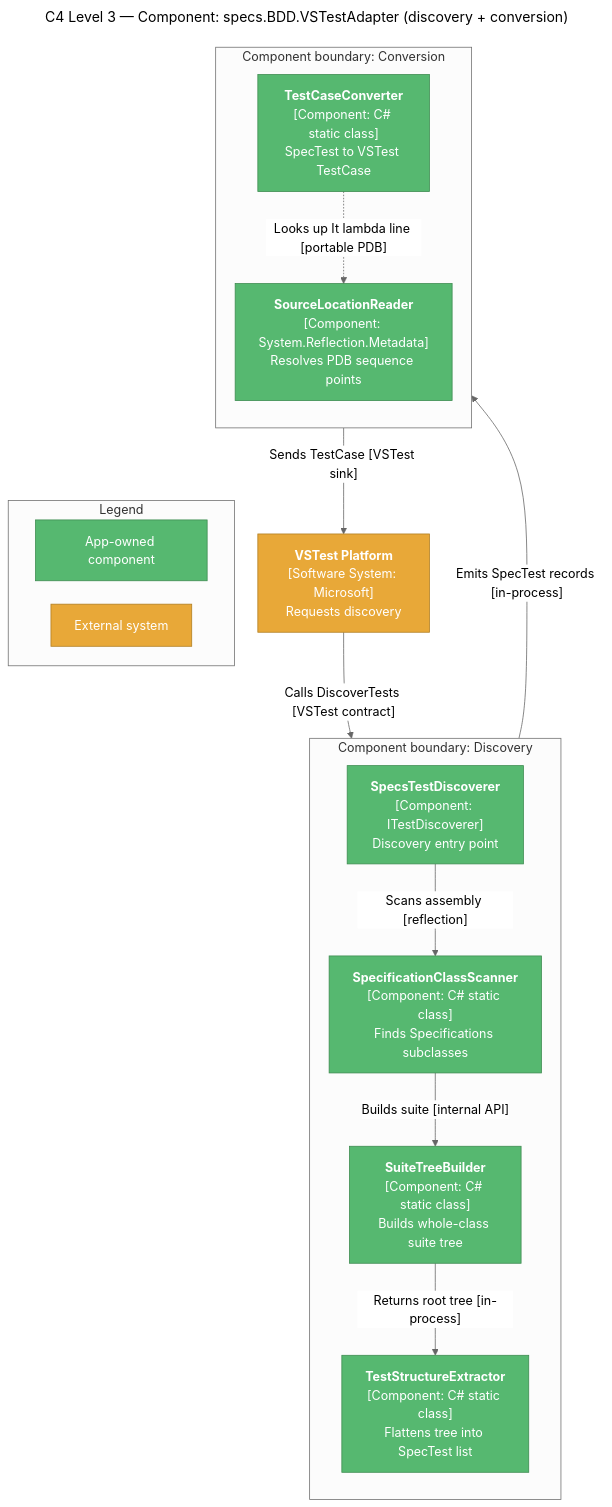
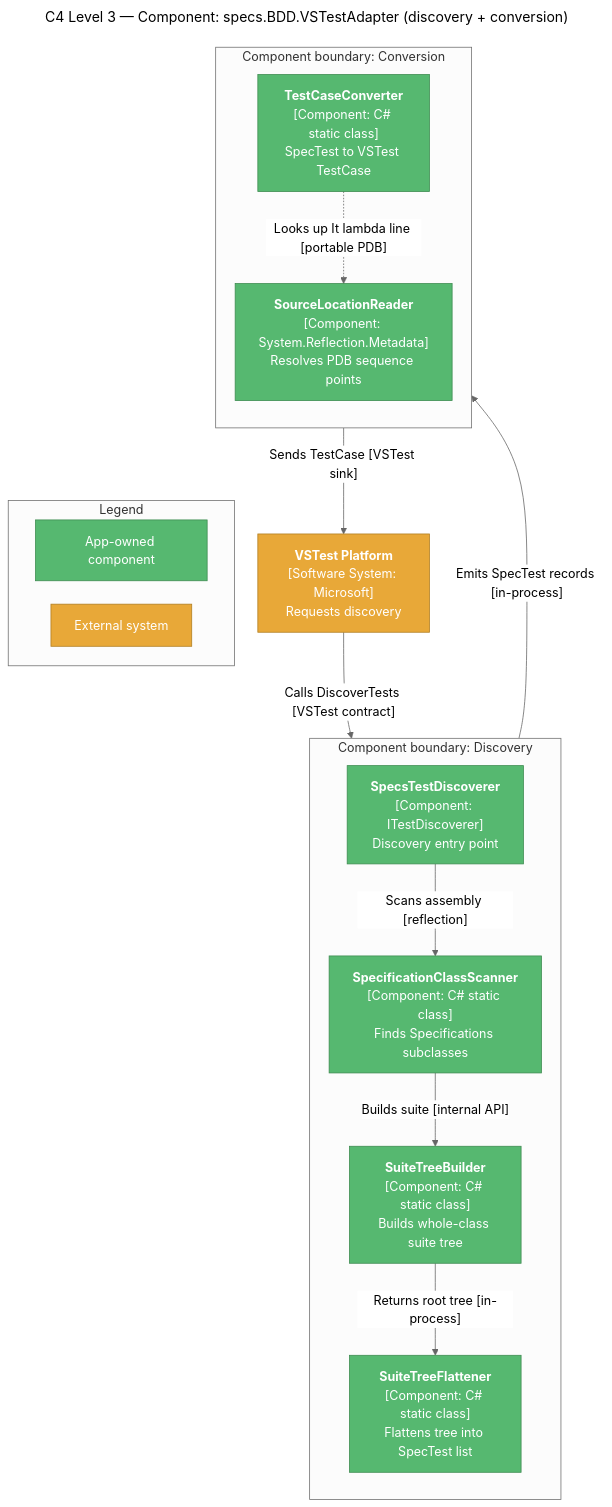
Before and after one commit to yozepi/Specs: the sixth of 22 diagrams in memory-bank/systemPatterns.md, drawn with Mermaid. The commit also changed other lines of this file and 45 other files, not shown here.

First line of the commit message:
Rename SpecReporting to TestStructure

````diff
--- a/memory-bank/systemPatterns.md
+++ b/memory-bank/systemPatterns.md
@@ -254,41 +254,41 @@
 ```mermaid
 ---
 title: "C4 Level 3 — Component: specs.BDD.VSTestAdapter (discovery + conversion)"
 ---
 %%{init: {'theme': 'neutral', 'flowchart': {'nodeSpacing': 30, 'rankSpacing': 45, 'wrappingWidth': 160}}}%%
 flowchart TD
     VST["<b>VSTest Platform</b><br/>[Software System: Microsoft]<br/>Requests discovery"]:::external
 
     subgraph DISCO["Component boundary: Discovery"]
         direction TB
         D1["<b>SpecsTestDiscoverer</b><br/>[Component: ITestDiscoverer]<br/>Discovery entry point"]:::app
         D2["<b>SpecificationClassScanner</b><br/>[Component: C# static class]<br/>Finds Specifications subclasses"]:::app
         D3["<b>SuiteTreeBuilder</b><br/>[Component: C# static class]<br/>Builds whole-class suite tree"]:::app
-        D4["<b>TestStructureExtractor</b><br/>[Component: C# static class]<br/>Flattens tree into SpecTest list"]:::app
+        D4["<b>SuiteTreeFlattener</b><br/>[Component: C# static class]<br/>Flattens tree into SpecTest list"]:::app
     end
 
     subgraph CONV["Component boundary: Conversion"]
         direction TB
         C2["<b>TestCaseConverter</b><br/>[Component: C# static class]<br/>SpecTest to VSTest TestCase"]:::app
         D5["<b>SourceLocationReader</b><br/>[Component: System.Reflection.Metadata]<br/>Resolves PDB sequence points"]:::app
     end
 
     VST -->|"Calls DiscoverTests [VSTest contract]"| D1
     D1 -->|"Scans assembly [reflection]"| D2
     D2 -->|"Builds suite [internal API]"| D3
     D3 -->|"Returns root tree [in-process]"| D4
     D4 -->|"Emits SpecTest records [in-process]"| C2
     C2 -.->|"Looks up It lambda line [portable PDB]"| D5
     C2 -->|"Sends TestCase [VSTest sink]"| VST
 
     subgraph LEGEND["Legend"]
         direction LR
         L1["App-owned component"]:::app
         L2["External system"]:::external
     end
 
     C2 ~~~ LEGEND
 
     classDef app fill:#56B870,stroke:#3D8B50,color:#fff
     classDef external fill:#E8A838,stroke:#B07D20,color:#fff
 ```
````
